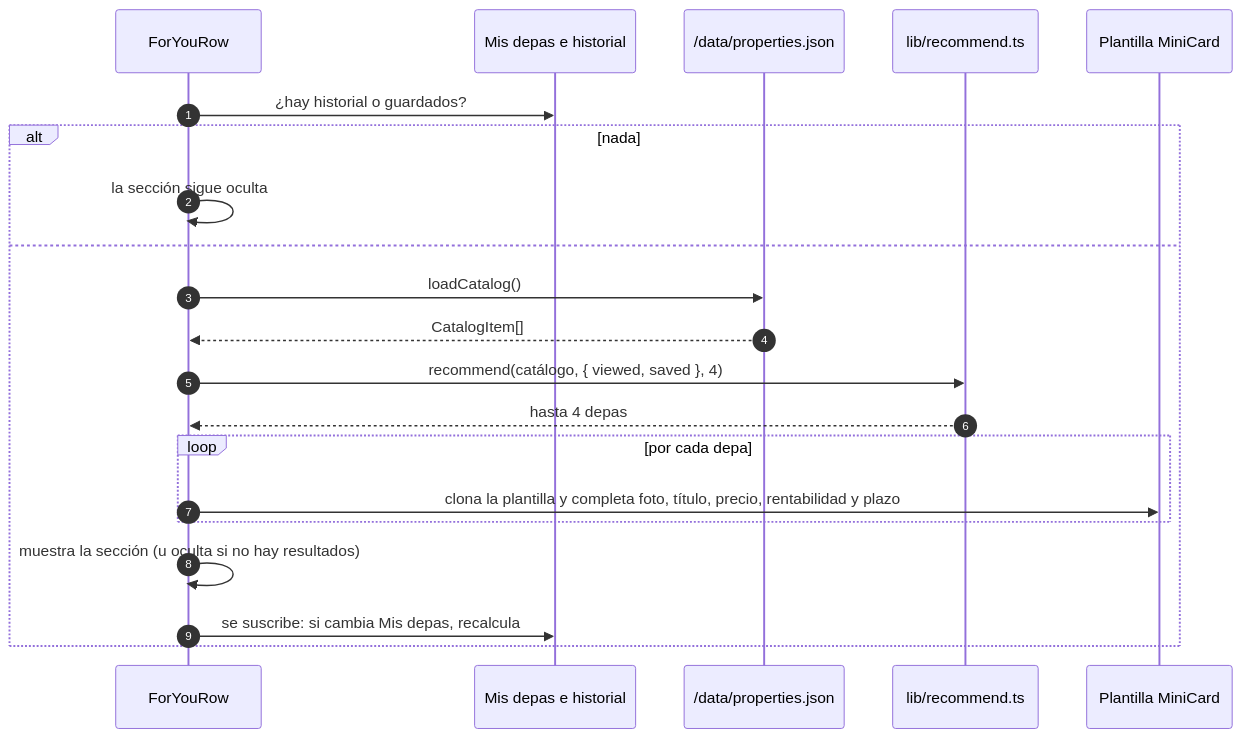
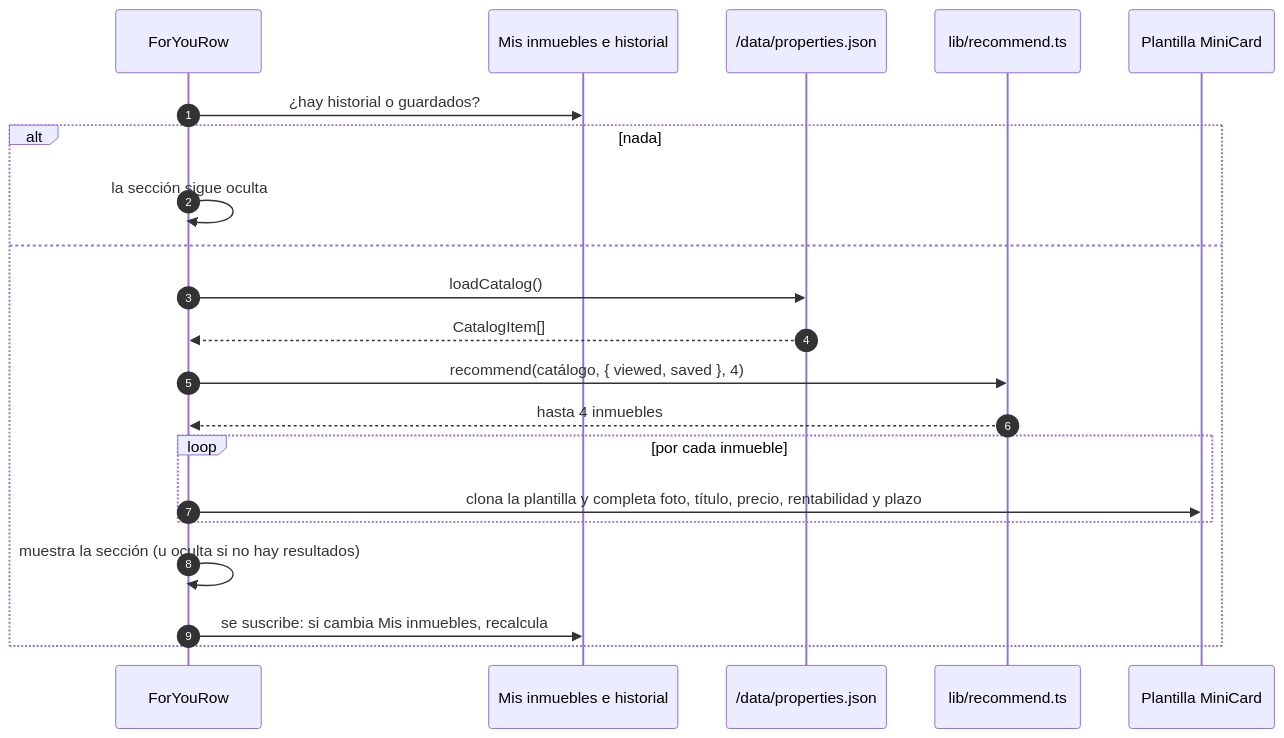
One commit to samirharrytl/DHC_landing changed the tenth of 18 diagrams in docs/plataforma/05-flujos.md. Above: the diagram before and after it, drawn with Mermaid. The commit also changed other lines of this file and 72 other files, not shown here.

First line of the commit message:
Fuente Poppins como depahostperu.com, "Mis depas" pasa a "Mis inmuebles" y cambios en API y panel

````diff
--- a/docs/plataforma/05-flujos.md
+++ b/docs/plataforma/05-flujos.md
@@ -357,24 +357,24 @@
 ```mermaid
 sequenceDiagram
     autonumber
     participant R as ForYouRow
-    participant ST as Mis depas e historial
+    participant ST as Mis inmuebles e historial
     participant CAT as /data/properties.json
     participant RC as lib/recommend.ts
     participant T as Plantilla MiniCard
 
     R->>ST: ¿hay historial o guardados?
     alt nada
         R->>R: la sección sigue oculta
     else
         R->>CAT: loadCatalog()
         CAT-->>R: CatalogItem[]
         R->>RC: recommend(catálogo, { viewed, saved }, 4)
-        RC-->>R: hasta 4 depas
-        loop por cada depa
+        RC-->>R: hasta 4 inmuebles
+        loop por cada inmueble
             R->>T: clona la plantilla y completa foto, título, precio, rentabilidad y plazo
         end
         R->>R: muestra la sección (u oculta si no hay resultados)
-        R->>ST: se suscribe: si cambia Mis depas, recalcula
+        R->>ST: se suscribe: si cambia Mis inmuebles, recalcula
     end
 ```
````
